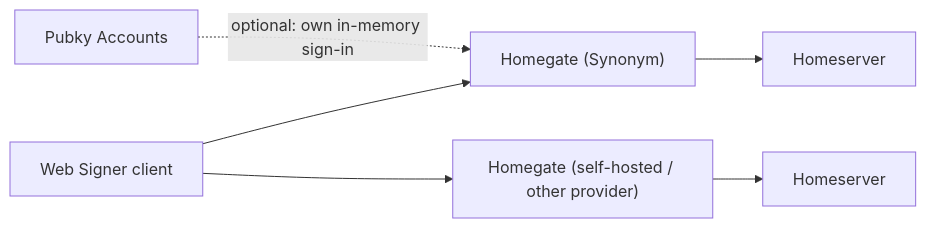
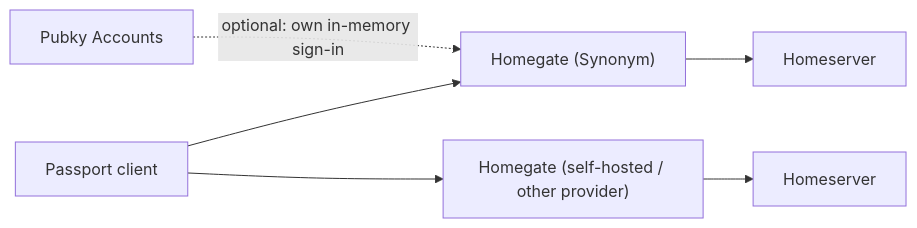
The fourth of 5 diagrams in docs/rfc/0001-signers-and-accounts.md (pubky/pubky-passport), drawn with Mermaid before and after one commit. The commit also changed other lines of this file, not shown here.

Commit message:
docs(rfc): call the Web Signer Passport

````diff
--- a/docs/rfc/0001-signers-and-accounts.md
+++ b/docs/rfc/0001-signers-and-accounts.md
@@ -141,8 +141,8 @@
 ```mermaid
 flowchart LR
-    WS["Web Signer client"] --> HG1["Homegate (Synonym)"]
+    WS["Passport client"] --> HG1["Homegate (Synonym)"]
     WS --> HG2["Homegate (self-hosted / other provider)"]
     Acc["Pubky Accounts"] -. "optional: own in-memory sign-in" .-> HG1
     HG1 --> HS1["Homeserver"]
     HG2 --> HS2["Homeserver"]
 ```
````
